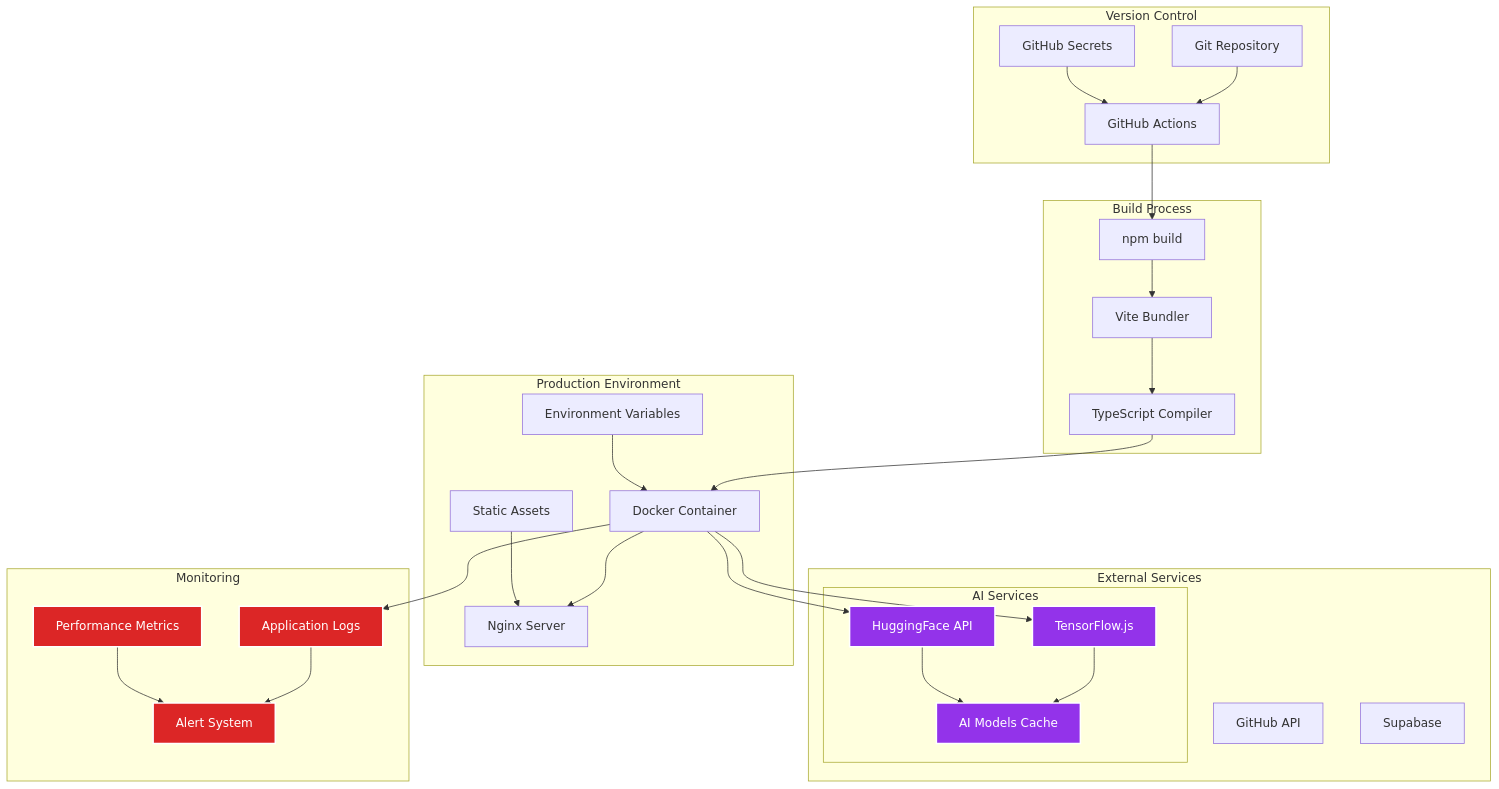
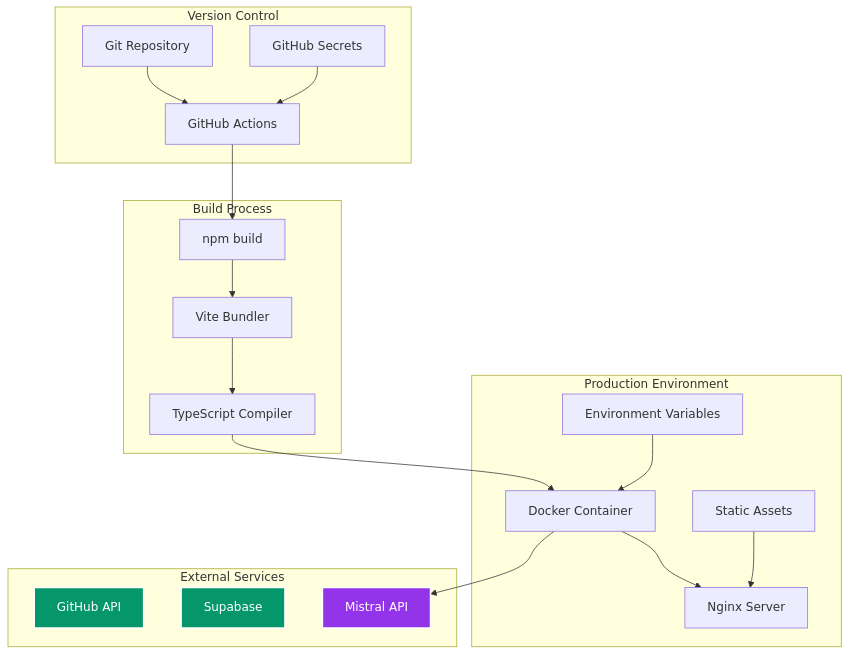
One commit to nathan-myers/Maverick-AI changed the third of 4 diagrams in README.md. Above: the diagram before and after it, drawn with Mermaid. The commit also changed other lines of this file, not shown here.

````diff
--- a/README.md
+++ b/README.md
@@ -245,70 +223,49 @@
 ```mermaid
 
 graph TB
     subgraph "Production Environment"
         NGINX[Nginx Server]
         DOCKER[Docker Container]
         ENV[Environment Variables]
         STATIC[Static Assets]
-        
     end
 
     subgraph "Build Process"
         NPM[npm build]
         VITE[Vite Bundler]
         TS[TypeScript Compiler]
     end
 
     subgraph "Version Control"
         GIT[Git Repository]
         GHA[GitHub Actions]
         SECRETS[GitHub Secrets]
     end
 
     subgraph "External Services"
         GITHUB[GitHub API]
         SUPABASE[Supabase]
-        subgraph "AI Services"
-            TF[TensorFlow.js]
-            HF[HuggingFace API]
-            MODELS[AI Models Cache]
-        end
-    end
-
-    subgraph "Monitoring"
-        LOGS[Application Logs]
-        METRICS[Performance Metrics]
-        ALERTS[Alert System]
+        MISTRAL[Mistral API]
     end
 
     GIT --> GHA
     SECRETS --> GHA
     GHA --> NPM
     NPM --> VITE
     VITE --> TS
     TS --> DOCKER
     DOCKER --> NGINX
     ENV --> DOCKER
     STATIC --> NGINX
     
-    DOCKER --> TF
-    DOCKER --> HF
-    TF --> MODELS
-    HF --> MODELS
-    
-    
-    
-    DOCKER --> LOGS
-    LOGS --> ALERTS
-    METRICS --> ALERTS
+    DOCKER --> MISTRAL
     
     classDef primary fill:#2563eb,stroke:#fff,stroke-width:2px,color:#fff
     classDef secondary fill:#4b5563,stroke:#fff,stroke-width:2px,color:#fff
     classDef external fill:#059669,stroke:#fff,stroke-width:2px,color:#fff
     classDef ai fill:#9333ea,stroke:#fff,stroke-width:2px,color:#fff
-    classDef monitoring fill:#dc2626,stroke:#fff,stroke-width:2px,color:#fff
 
-    class TF,HF,MODELS ai
-    class LOGS,METRICS,ALERTS monitoring
+    class MISTRAL ai
+    class GITHUB,SUPABASE external
 
 ```
````
